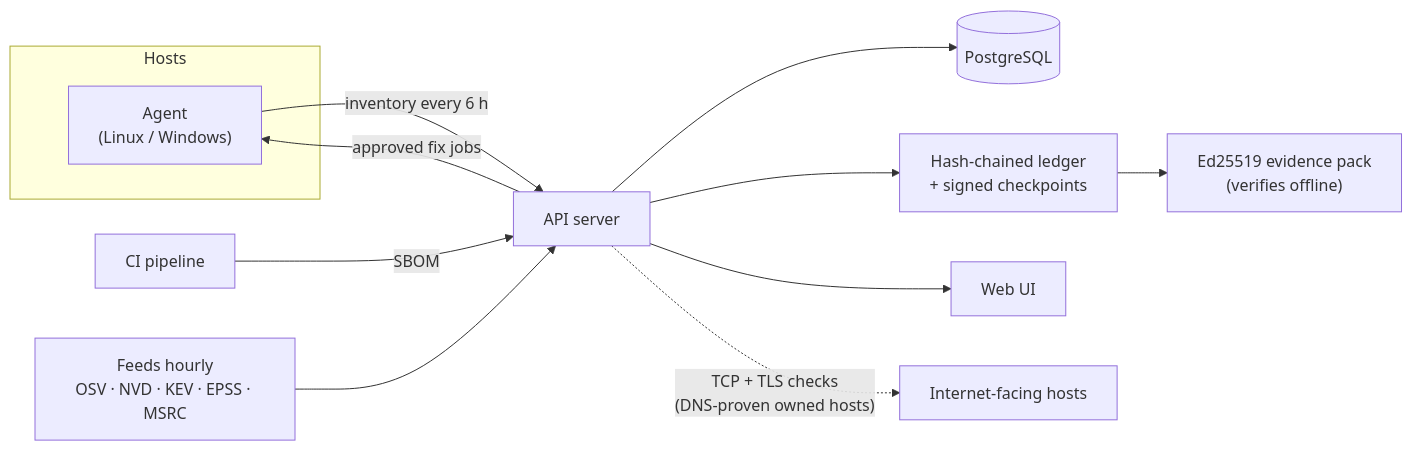
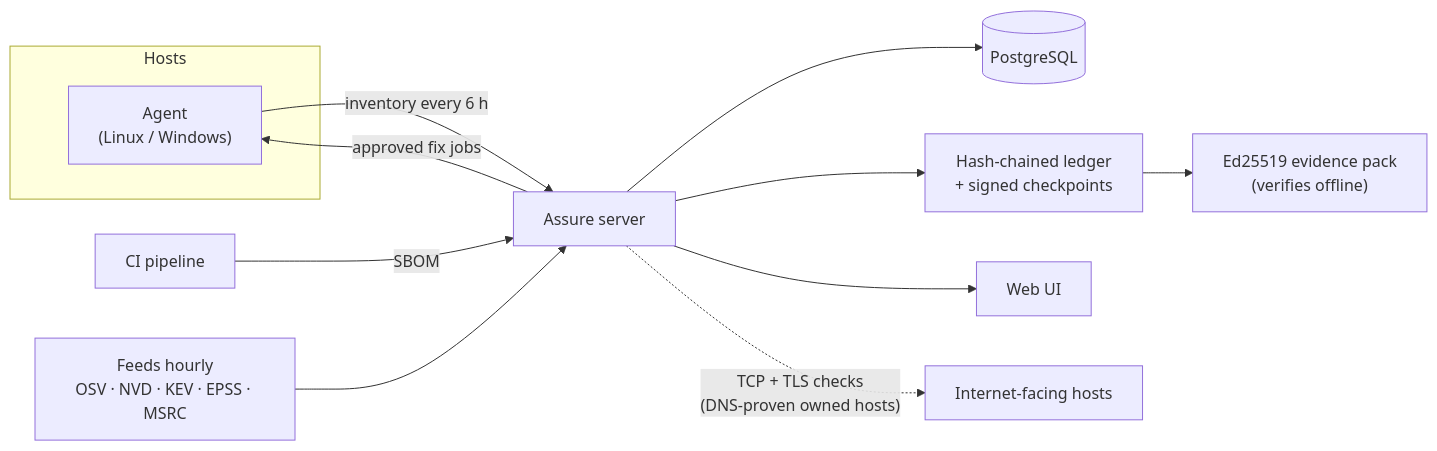
One commit to Nimstead/assure changed the diagram in README.md. Above: the diagram before and after it, drawn with Mermaid. The commit also changed other lines of this file and 18 other files, not shown here.

````diff
--- a/README.md
+++ b/README.md
@@ -35,15 +54,15 @@
 ```mermaid
 flowchart LR
   subgraph Hosts
     A["Agent<br/>(Linux / Windows)"]
   end
   CI["CI pipeline"] -- "SBOM" --> API
-  A -- "inventory every 6 h" --> API["API server"]
+  A -- "inventory every 6 h" --> API["Assure server"]
   API -- "approved fix jobs" --> A
   F["Feeds hourly<br/>OSV · NVD · KEV · EPSS · MSRC"] --> API
   API --> DB[("PostgreSQL")]
   API --> L["Hash-chained ledger<br/>+ signed checkpoints"]
   L --> P["Ed25519 evidence pack<br/>(verifies offline)"]
   API --> UI["Web UI"]
   API -. "TCP + TLS checks<br/>(DNS-proven owned hosts)" .-> X["Internet-facing hosts"]
 ```
````
